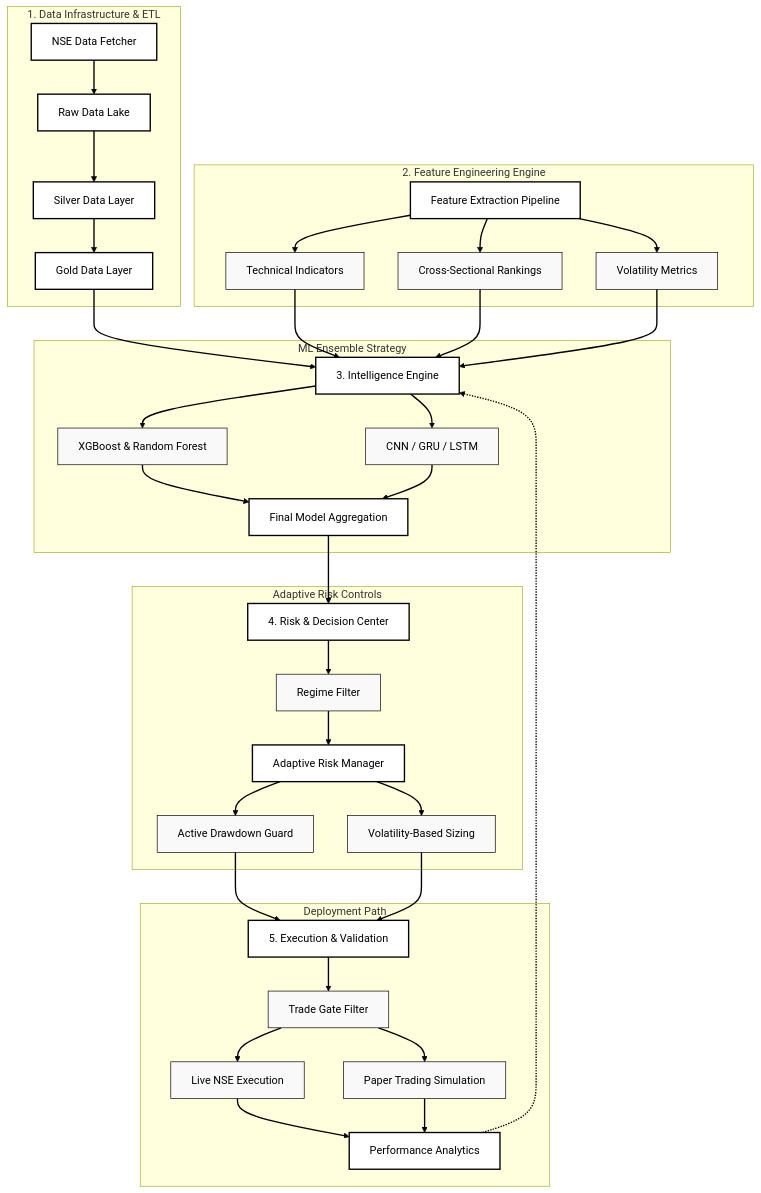
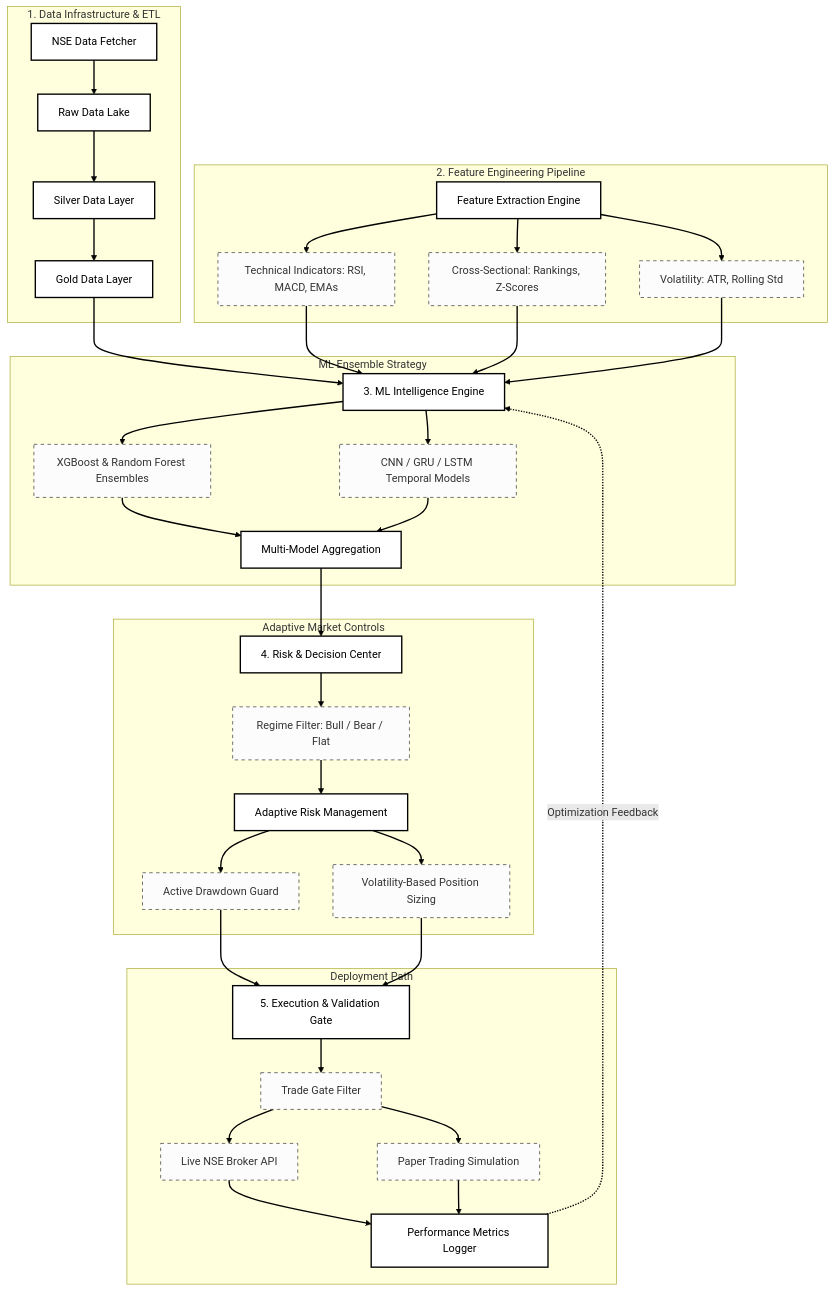
The diagram in README.md (N0AHZACH/Quant_Engine), drawn with Mermaid before and after one commit.

Commit message:
Final Overhaul: Premium, detailed, and high-fidelity architecture flowchart

````diff
--- a/README.md
+++ b/README.md
@@ -25,69 +25,73 @@
 ```mermaid
 flowchart TD
-    %% Global Style Definitions
+    %% Global Styles
     classDef mainNode fill:#fff,stroke:#000,stroke-width:2px,color:#000;
-    classDef internalNode fill:#f9f9f9,stroke:#000,stroke-width:1px,color:#000;
+    classDef detailNode fill:#fcfcfc,stroke:#333,stroke-width:1px,color:#333,stroke-dasharray: 5 5;
 
     %% 1. Data Infrastructure
     subgraph Data_Lake [1. Data Infrastructure & ETL]
         A[NSE Data Fetcher] --> B[Raw Data Lake]
         B --> C[Silver Data Layer]
         C --> D[Gold Data Layer]
     end
     class A,B,C,D mainNode;
 
     %% 2. Feature Engineering
-    subgraph Feature_Layer [2. Feature Engineering Engine]
-        E[Feature Extraction Pipeline]
-        E --> E1[Technical Indicators]
-        E --> E2[Cross-Sectional Rankings]
-        E --> E3[Volatility Metrics]
+    subgraph Features [2. Feature Engineering Pipeline]
+        E[Feature Extraction Engine]
+        E1[Technical Indicators: RSI, MACD, EMAs]
+        E2[Cross-Sectional: Rankings, Z-Scores]
+        E3[Volatility: ATR, Rolling Std]
+        
+        E --> E1
+        E --> E2
+        E --> E3
     end
     class E mainNode;
-    class E1,E2,E3 internalNode;
+    class E1,E2,E3 detailNode;
 
-    %% Intelligence Engine - Explicit individual paths to avoid render errors
-    D --> F[3. Intelligence Engine]
+    %% 3. Intelligence Engine
+    D --> F[3. ML Intelligence Engine]
     E1 --> F
     E2 --> F
     E3 --> F
-    
-    subgraph Ensemble_Section [ML Ensemble Strategy]
-        F --> F1[XGBoost & Random Forest]
-        F --> F2[CNN / GRU / LSTM]
-        F1 --> G[Final Model Aggregation]
+
+    subgraph Intelligence [ML Ensemble Strategy]
+        F --> F1[XGBoost & Random Forest Ensembles]
+        F --> F2[CNN / GRU / LSTM Temporal Models]
+        F1 --> G[Multi-Model Aggregation]
         F2 --> G
     end
     class F,G mainNode;
-    class F1,F2 internalNode;
+    class F1,F2 detailNode;
 
-    %% 4. Risk & Decision Center
+    %% 4. Risk & Decision
     G --> H[4. Risk & Decision Center]
-    subgraph Risk_Strategy [Adaptive Risk Controls]
-        H --> H1[Regime Filter]
-        H1 --> H2[Adaptive Risk Manager]
+    subgraph Risk_Strategy [Adaptive Market Controls]
+        H --> H1[Regime Filter: Bull / Bear / Flat]
+        H1 --> H2[Adaptive Risk Management]
         H2 --> H3[Active Drawdown Guard]
-        H2 --> H4[Volatility-Based Sizing]
+        H2 --> H4[Volatility-Based Position Sizing]
     end
     class H,H2 mainNode;
-    class H1,H3,H4 internalNode;
+    class H1,H3,H4 detailNode;
 
-    %% 5. Execution & Feedback
-    H3 --> I[5. Execution & Validation]
+    %% 5. Execution & Validation
+    H3 --> I[5. Execution & Validation Gate]
     H4 --> I
-    subgraph Execution_Loop [Deployment Path]
+    subgraph Execution [Deployment Path]
         I --> I1[Trade Gate Filter]
-        I1 --> I2[Live NSE Execution]
+        I1 --> I2[Live NSE Broker API]
         I1 --> I3[Paper Trading Simulation]
-        I2 --> J[Performance Analytics]
+        I2 --> J[Performance Metrics Logger]
         I3 --> J
     end
     class I,J mainNode;
-    class I1,I2,I3 internalNode;
+    class I1,I2,I3 detailNode;
 
     %% Feedback Loop
-    J -.-> F
+    J -.->|Optimization Feedback| F
 
     %% Global Connector Styling
     linkStyle default stroke:#000,stroke-width:2px;
 ```
````
